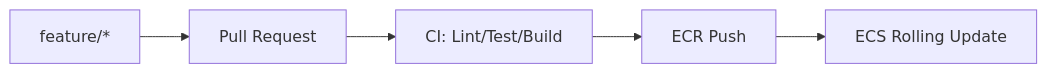
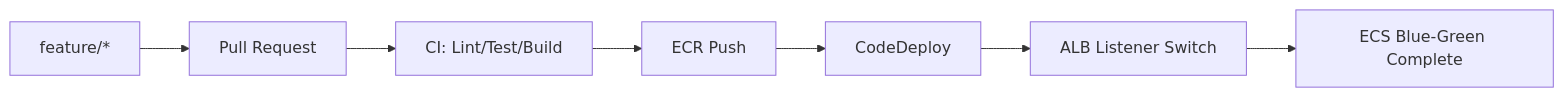
The diagram in COMMON/ci-cd-flow.md (jinseonyeong087-ship-it/MeetUs), drawn with Mermaid before and after one commit. The commit also changed other lines of this file and 5 other files, not shown here.

````diff
--- a/COMMON/ci-cd-flow.md
+++ b/COMMON/ci-cd-flow.md
@@ -16,7 +17,9 @@
 ```mermaid
 flowchart LR
     A[feature/*] --> B[Pull Request]
     B --> C[CI: Lint/Test/Build]
     C --> D[ECR Push]
-    D --> E[ECS Rolling Update]
+    D --> E[CodeDeploy]
+    E --> F[ALB Listener Switch]
+    F --> G[ECS Blue-Green Complete]
 ```
````
